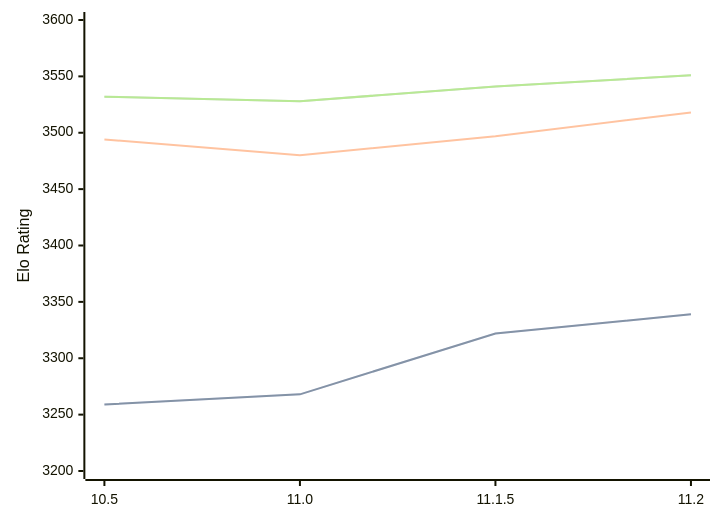
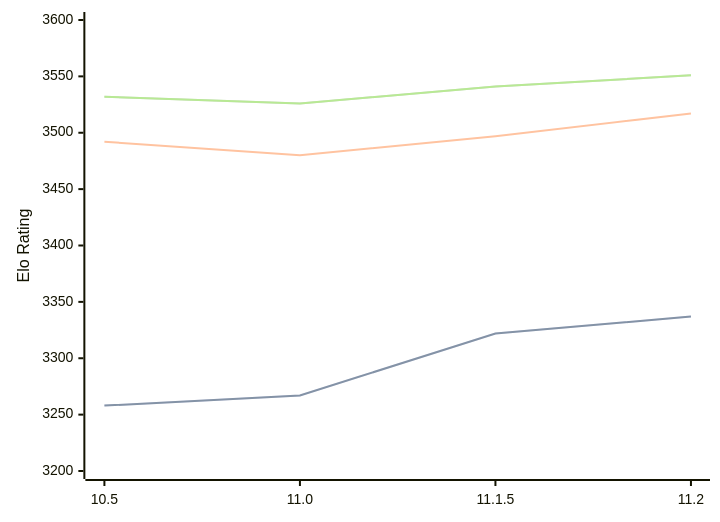
One commit to computer-chess-index/cci changed the diagram in engines/Lizard.md. Above: the diagram before and after it, drawn with Mermaid. The commit also changed other lines of this file, not shown here.

Commit message:
Update CCI Ratings (ELO VLTC) - 2026-03-16

````diff
--- a/engines/Lizard.md
+++ b/engines/Lizard.md
@@ -44,11 +44,11 @@
 ```mermaid
 %%{init: {"theme":"base","themeVariables":{"seriesColors:['#a3a3a3','#222221','#faa371']}}}%%
 xychart-beta
   x-axis ["10.5", "11.0", "11.1.5", "11.2"]
   y-axis "Elo Rating" 3200 --> 3600
-  line "STC (8.0+0.08s)" [3259, 3268, 3322, 3339]
-  line "STC (8.0+0.08s)" [3259, 3268, 3322, 3339]
-  line "LTC (60.0+0.60s)" [3494, 3480, 3497, 3518]
-  line "VLTC (2m24s+1.12s)" [3532, 3528, 3541, 3551]
-  line "VLTC (2m24s+1.12s)" [3532, 3528, 3541, 3551]
+  line "STC (8.0+0.08s)" [3258, 3267, 3322, 3337]
+  line "STC (8.0+0.08s)" [3258, 3267, 3322, 3337]
+  line "LTC (60.0+0.60s)" [3492, 3480, 3497, 3517]
+  line "VLTC (2m24s+1.12s)" [3532, 3526, 3541, 3551]
+  line "VLTC (2m24s+1.12s)" [3532, 3526, 3541, 3551]
 ```
````
